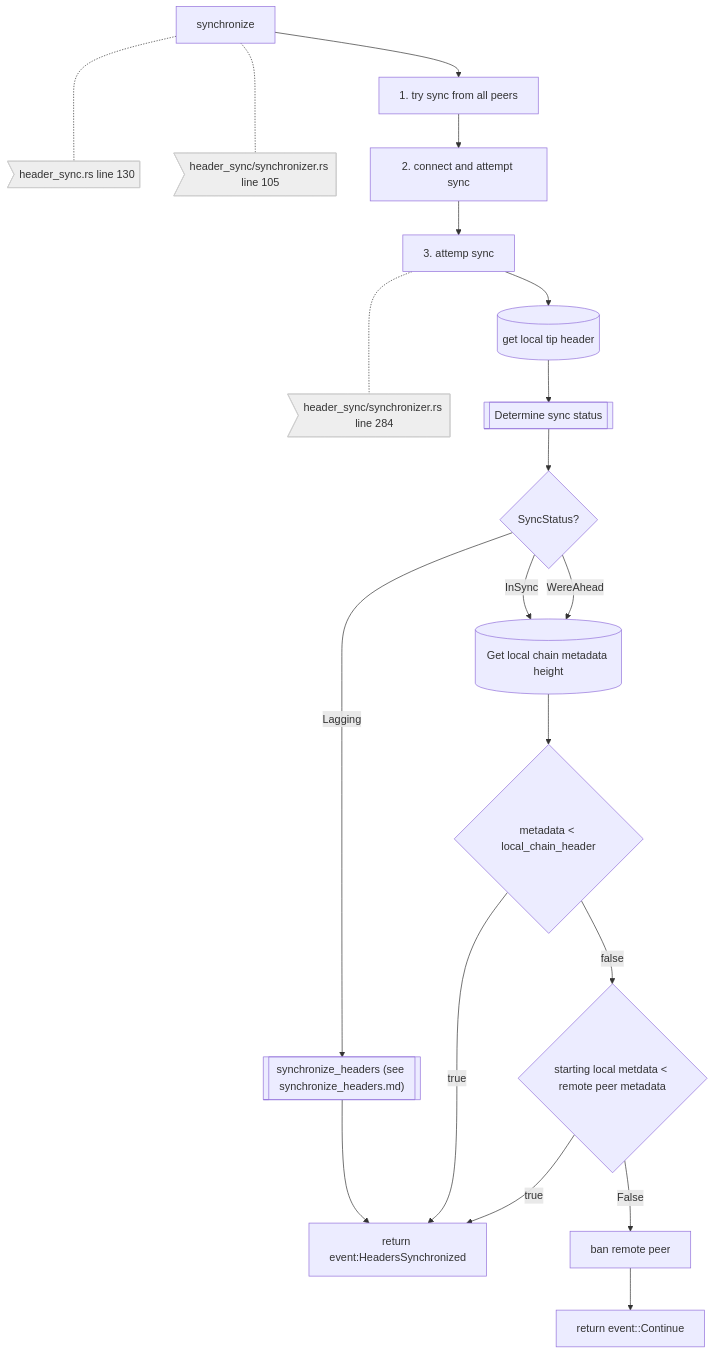
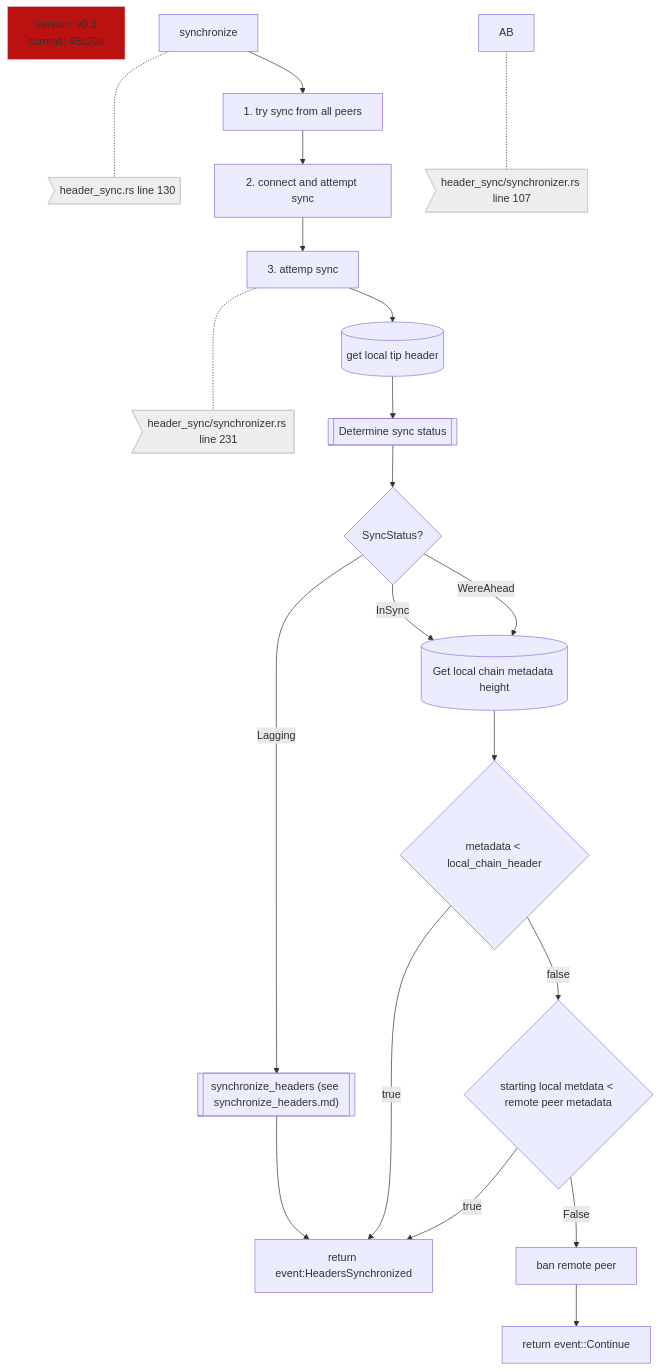
Before and after one commit to tari-project/tari: the first of 3 diagrams in docs/src/diagrams/header_sync.md, drawn with Mermaid. The commit also changed other lines of this file, not shown here.

Commit message:
fix header sync diagrams

````diff
--- a/docs/src/diagrams/header_sync.md
+++ b/docs/src/diagrams/header_sync.md
@@ -2,28 +2,31 @@
 ```mermaid
 flowchart TD
+    META[version: v0.1</br>commit: 45c20a]
     A -..- N1>header_sync.rs line 130]
-    A -..- N2>header_sync/synchronizer.rs line 105]
+    AB-..- N2>header_sync/synchronizer.rs line 107]
     A[synchronize] --> B[1. try sync from all peers]
     B --> C[2. connect and attempt sync]
     C --> D[3. attemp sync]
-    D -..- N3>header_sync/synchronizer.rs line 284]
+    D -..- N3>header_sync/synchronizer.rs line 231]
     D --> E[(get local tip header)]
     E --> F[["Determine sync status"]]
     F--> G{SyncStatus?}    
     G --> |Lagging|M[["synchronize_headers (see synchronize_headers.md)"]]
     G --> |InSync|H[(Get local chain metadata height)]
     G --> |WereAhead|H[(Get local chain metadata height)]
     H --> I{metadata < local_chain_header}
     I --> |true|J[return event:HeadersSynchronized]
     I --> |false|K{starting local metdata < remote peer metadata}
     K --> |true|J
     K --> |False| L[ban remote peer]
     L --> N[return event::Continue]
     M --> J
 
 
     N1:::note
     N2:::note
     N3:::note
+    META:::meta
    classDef note fill:#eee,stroke:#ccc
+   classDef meta fill:#b11,stroke:#ccc
 ```
````
